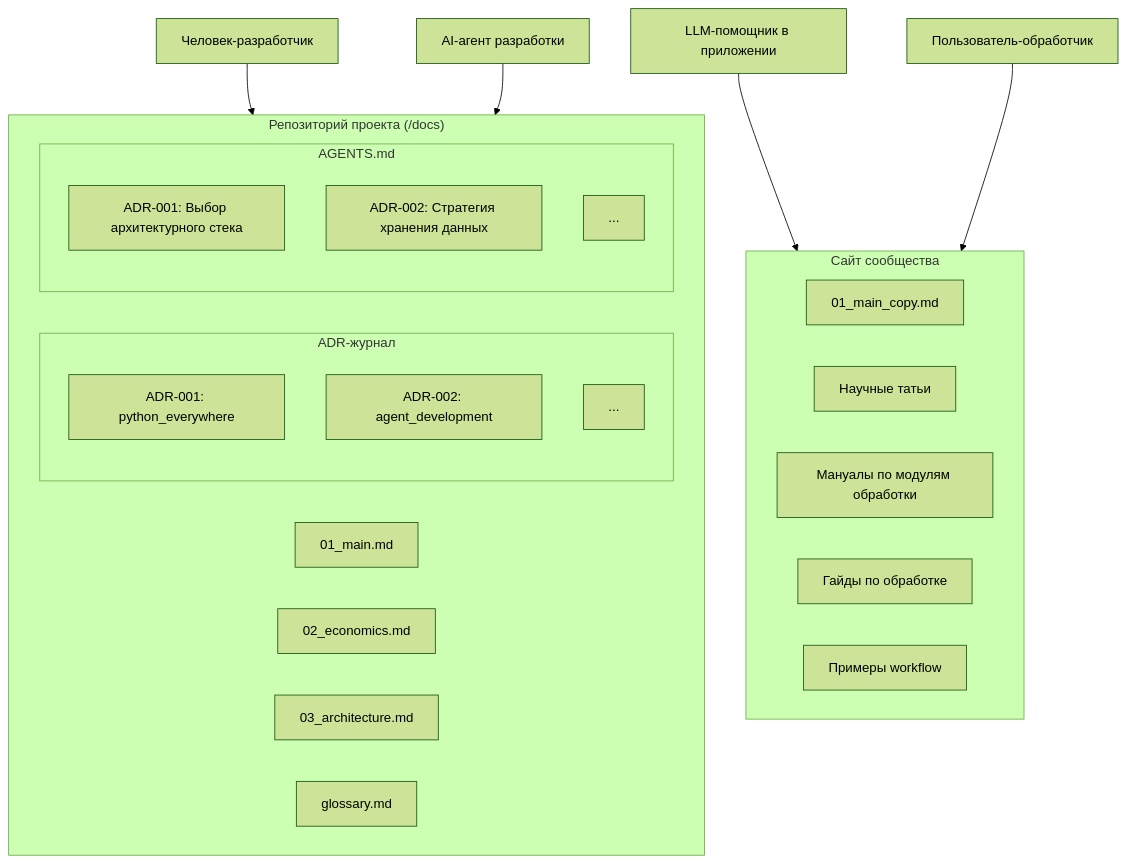
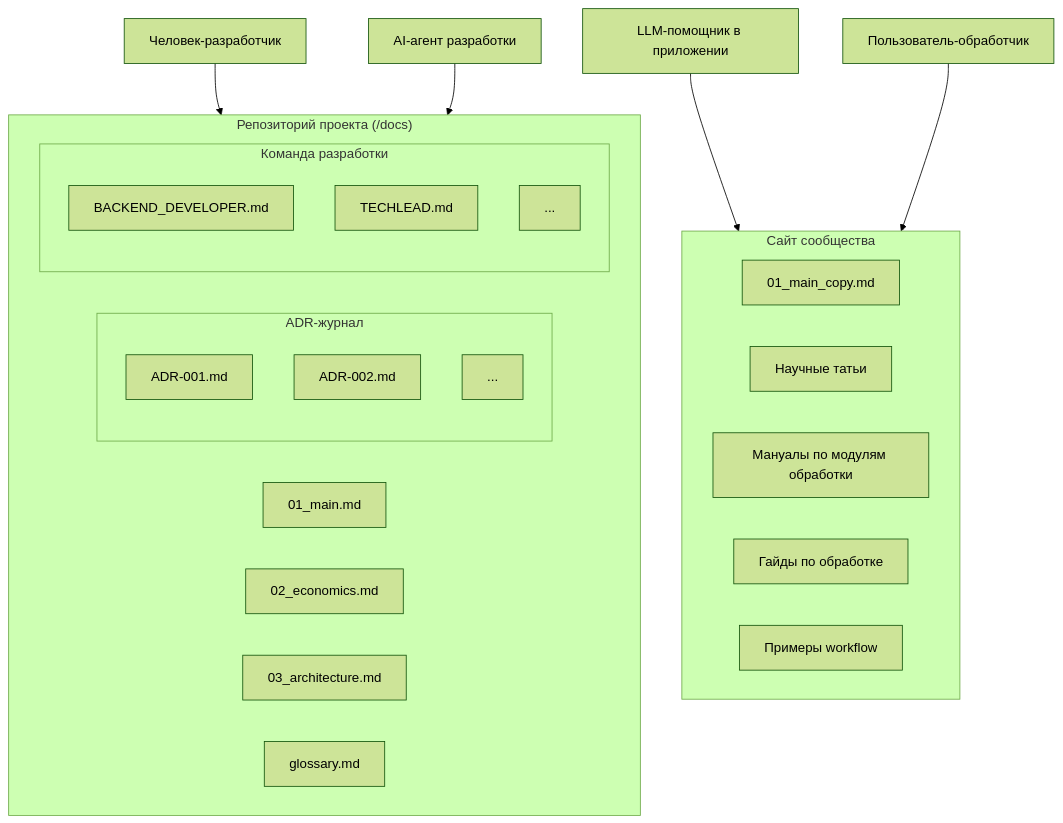
Before and after one commit to mleo20014-del/Seismic_processing: the first of 2 diagrams in docs/docs_rules.md, drawn with Mermaid (forest theme). The commit also changed other lines of this file, not shown here.

````diff
--- a/docs/docs_rules.md
+++ b/docs/docs_rules.md
@@ -41,38 +46,38 @@
 ```mermaid
 flowchart  TD
 
 subgraph  REPO["Репозиторий проекта (/docs)"]
 R1["01_main.md"]
 R2["02_economics.md"]
 R3["03_architecture.md"]
 
 subgraph  ADR["ADR-журнал"]
-ADR1["ADR-001: python_everywhere"]
-ADR2["ADR-002: agent_development"]
+ADR1["ADR-001.md"]
+ADR2["ADR-002.md"]
 ADR_dots["..."]
 end
 
-subgraph  AGENT["AGENTS.md"]
-AG1["ADR-001: Выбор архитектурного стека"]
-AG2["ADR-002: Стратегия хранения данных"]
+subgraph  AG["Команда разработки"]
+AG1["BACKEND_DEVELOPER.md"]
+AG2["TECHLEAD.md"]
 AG_dots["..."]
 end
 
 G["glossary.md"]
 end
 
 subgraph  SITE["Сайт сообщества"]
 S1["01_main_copy.md"]
 S2["Научные татьи"]
 S3["Мануалы по модулям обработки"]
 S4["Гайды по обработке"]
 S5["Примеры workflow"]
 end
 
 HUMAN["Человек-разработчик"]  -->  REPO
 DEVAGENT["AI-агент разработки"]  -->  REPO
 RAG["LLM-помощник в приложении"]  -->  SITE
 USER["Пользователь-обработчик"]  -->  SITE
 
   
 ```
````
